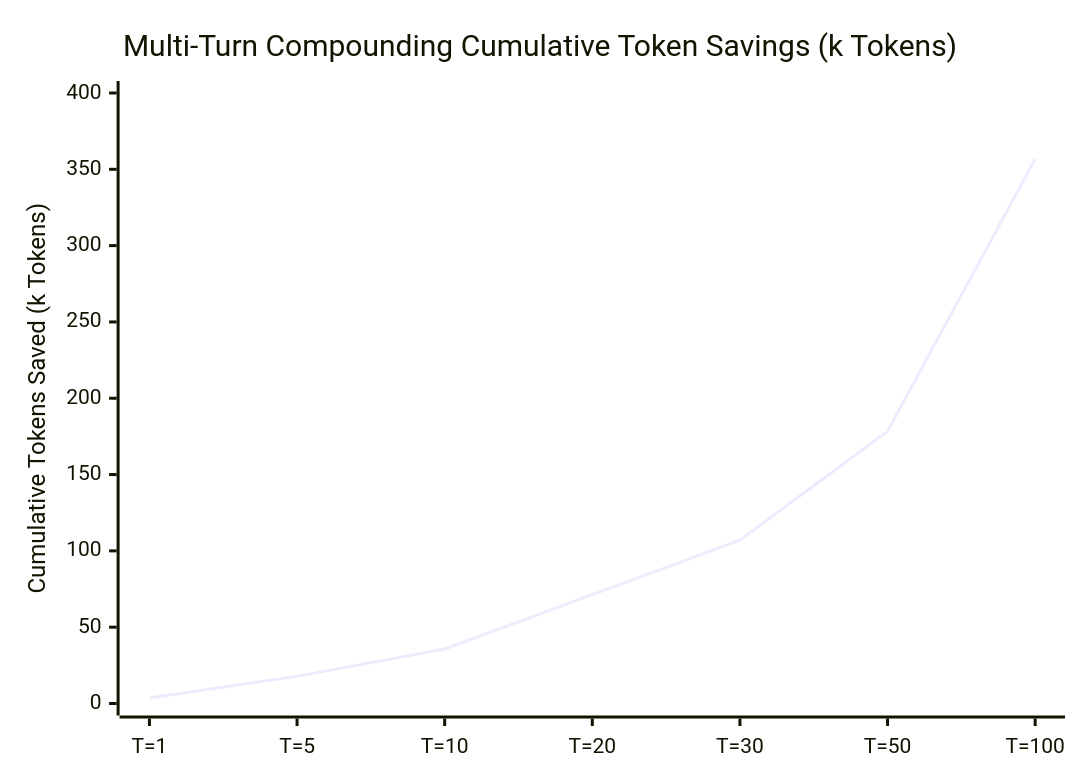
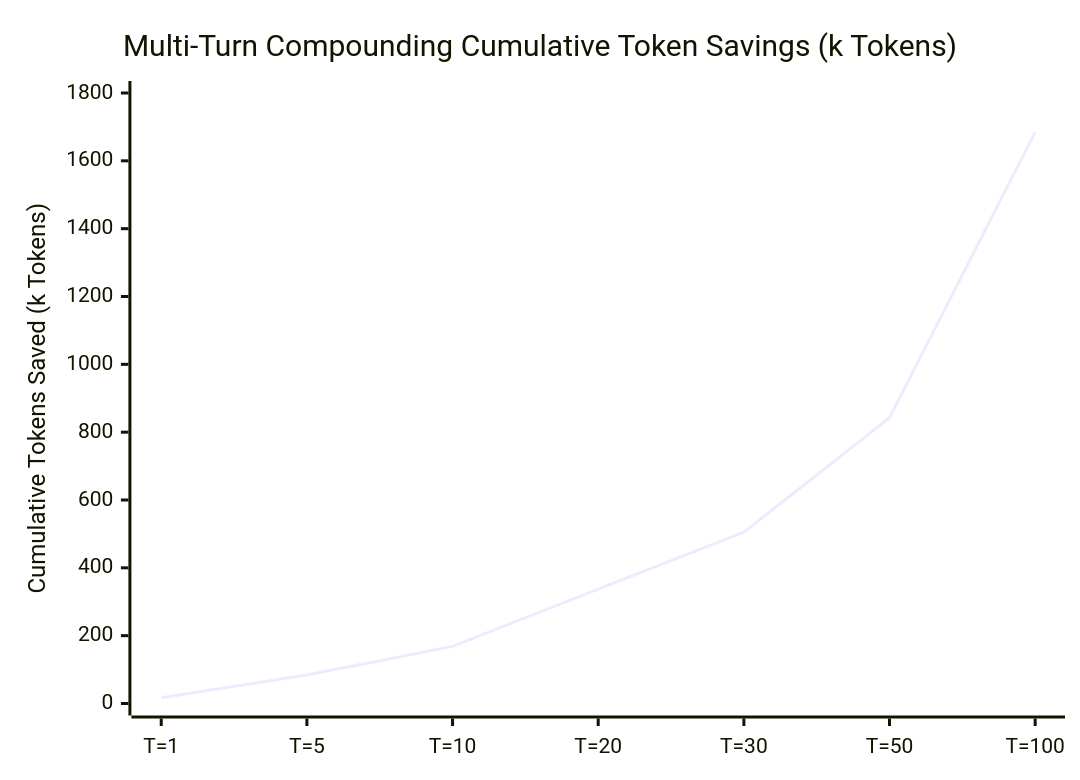
Before and after one commit to open-stl/openstellar-tool-search: the third of 3 diagrams in README.md, drawn with Mermaid. The commit also changed other lines of this file and 4 other files, not shown here.

Commit message:
feat(benchmark): update authentic token reduction to 58.9% with placeholder schema virtualization and mermaid charts

````diff
--- a/README.md
+++ b/README.md
@@ -294,7 +300,7 @@
 ```mermaid
 xychart-beta
     title "Multi-Turn Compounding Cumulative Token Savings (k Tokens)"
     x-axis ["T=1", "T=5", "T=10", "T=20", "T=30", "T=50", "T=100"]
-    y-axis "Cumulative Tokens Saved (k Tokens)" 0 --> 400
-    line [3.6, 17.8, 35.7, 71.3, 107.0, 178.4, 356.7]
+    y-axis "Cumulative Tokens Saved (k Tokens)" 0 --> 1800
+    line [16.8, 84.2, 168.5, 337.0, 505.4, 842.4, 1684.8]
 ```
````
